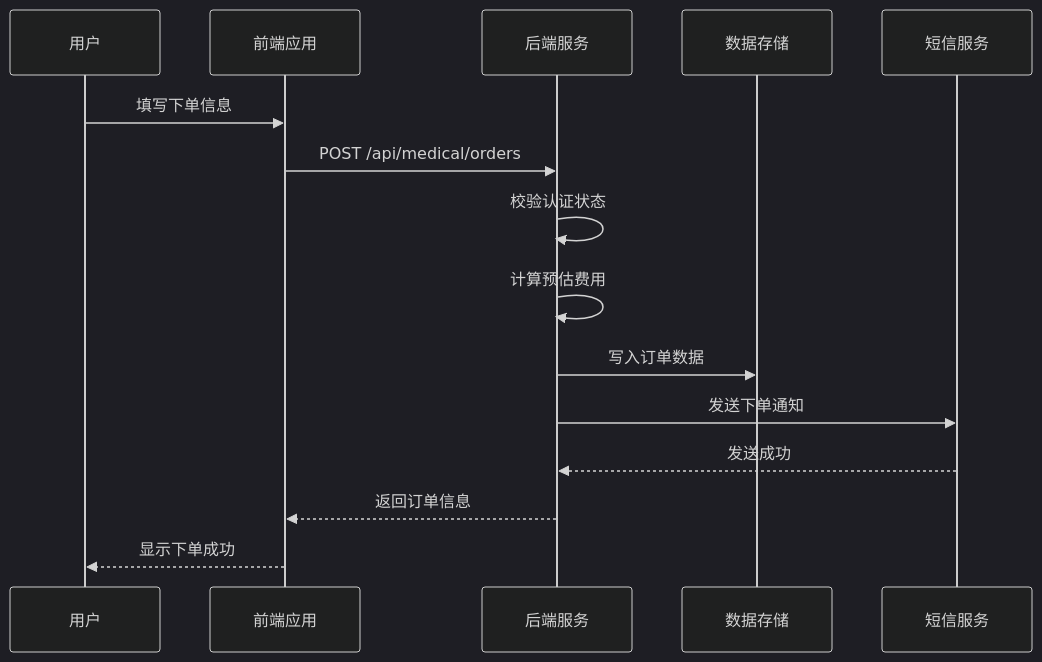
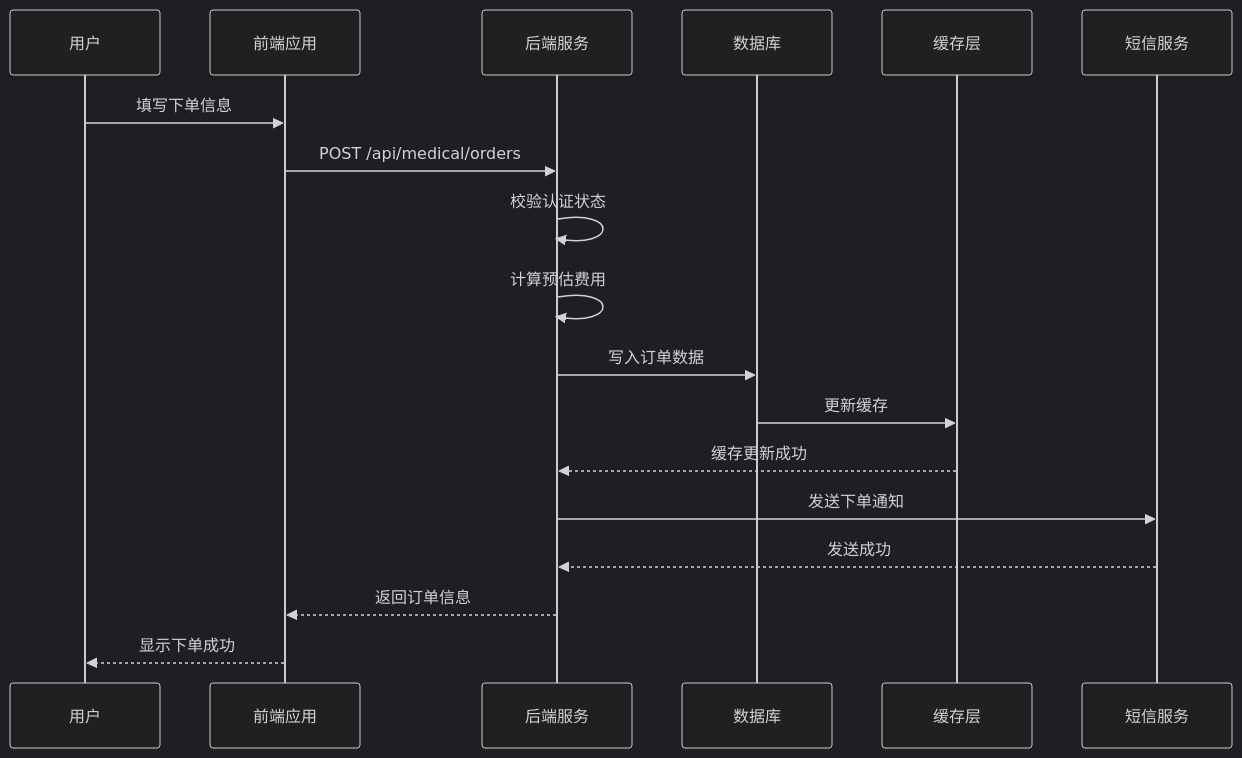
Before and after one commit to Giraffe-Han/microAPP: the sixth of 17 diagrams in .qoder/repowiki/zh/content/业务功能模块/医疗配送模块功能设计.md, drawn with Mermaid (dark theme). The commit also changed other lines of this file and 14 other files, not shown here.

````diff
--- a/.qoder/repowiki/zh/content/业务功能模块/医疗配送模块功能设计.md
+++ b/.qoder/repowiki/zh/content/业务功能模块/医疗配送模块功能设计.md
@@ -288,17 +334,20 @@
 ```mermaid
 sequenceDiagram
 participant User as 用户
 participant Frontend as 前端应用
 participant Backend as 后端服务
-participant Storage as 数据存储
+participant DB as 数据库
+participant Cache as 缓存层
 participant SMS as 短信服务
 User->>Frontend : 填写下单信息
 Frontend->>Backend : POST /api/medical/orders
 Backend->>Backend : 校验认证状态
 Backend->>Backend : 计算预估费用
-Backend->>Storage : 写入订单数据
+Backend->>DB : 写入订单数据
+DB->>Cache : 更新缓存
+Cache-->>Backend : 缓存更新成功
 Backend->>SMS : 发送下单通知
 SMS-->>Backend : 发送成功
 Backend-->>Frontend : 返回订单信息
 Frontend-->>User : 显示下单成功
 ```
````
